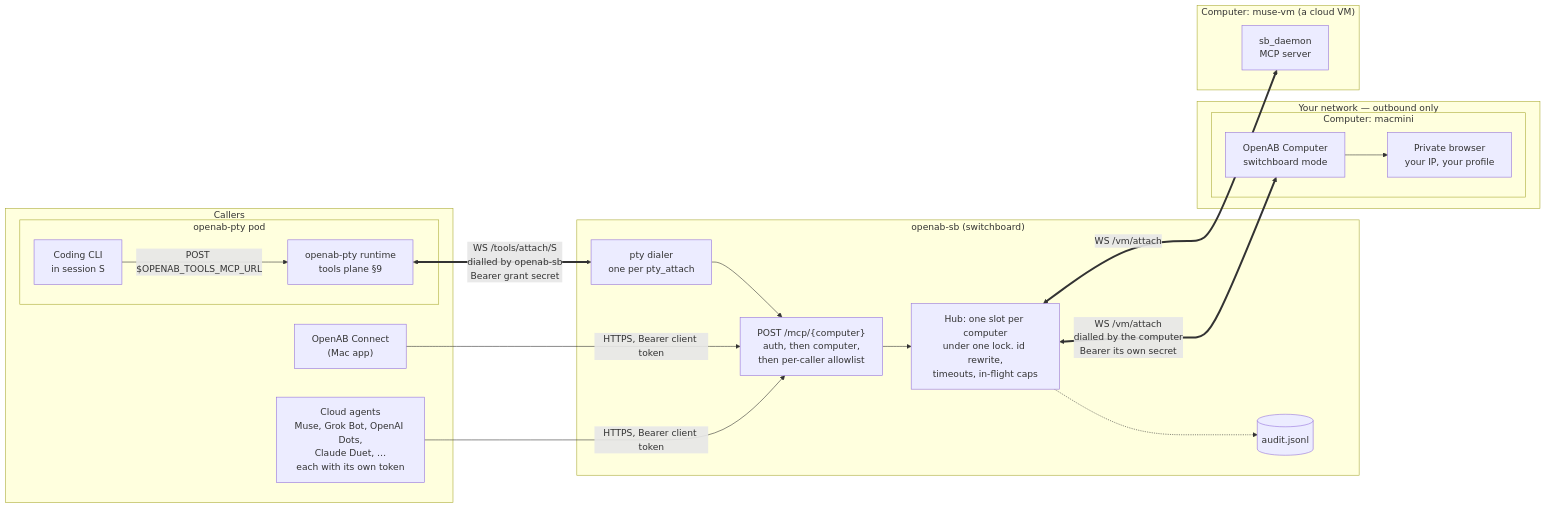
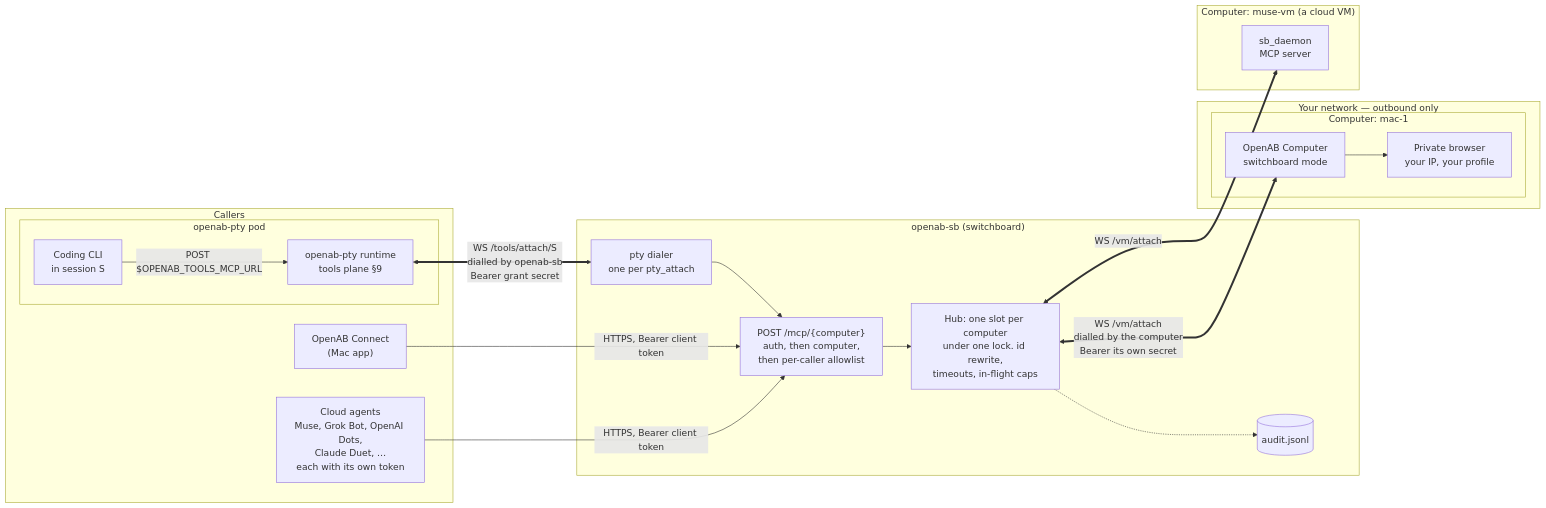
Before and after one commit to openabdev/openab-sb: the first of 4 diagrams in README.md, drawn with Mermaid. The commit also changed other lines of this file and 3 other files, not shown here.

````diff
--- a/README.md
+++ b/README.md
@@ -16,39 +16,39 @@
 ```mermaid
 flowchart LR
     subgraph callers["Callers"]
         connect["OpenAB Connect<br/>(Mac app)"]
         agents["Cloud agents<br/>Muse, Grok Bot, OpenAI Dots,<br/>Claude Duet, …<br/>each with its own token"]
         subgraph pod["openab-pty pod"]
             cli["Coding CLI<br/>in session S"]
             rt["openab-pty runtime<br/>tools plane §9"]
             cli -- "POST $OPENAB_TOOLS_MCP_URL" --> rt
         end
     end
 
     subgraph sb["openab-sb (switchboard)"]
         mcp["POST /mcp/{computer}<br/>auth, then computer,<br/>then per-caller allowlist"]
         dialer["pty dialer<br/>one per pty_attach"]
         hub["Hub: one slot per computer<br/>under one lock. id rewrite,<br/>timeouts, in-flight caps"]
         audit[("audit.jsonl")]
         dialer --> mcp
         mcp --> hub
         hub -.-> audit
     end
 
     subgraph home["Your network — outbound only"]
-        subgraph macmini["Computer: macmini"]
+        subgraph mac1["Computer: mac-1"]
             imcp["OpenAB Computer<br/>switchboard mode"]
             browser["Private browser<br/>your IP, your profile"]
             imcp --> browser
         end
     end
     subgraph vm["Computer: muse-vm (a cloud VM)"]
         daemon["sb_daemon<br/>MCP server"]
     end
 
     connect -- "HTTPS, Bearer client token" --> mcp
     agents -- "HTTPS, Bearer client token" --> mcp
     rt <== "WS /tools/attach/S<br/>dialled by openab-sb<br/>Bearer grant secret" ==> dialer
     hub <== "WS /vm/attach<br/>dialled by the computer<br/>Bearer its own secret" ==> imcp
     hub <== "WS /vm/attach" ==> daemon
 ```
````
